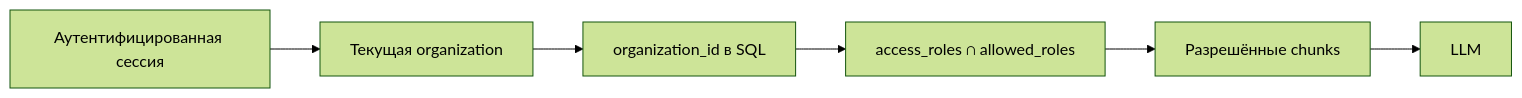
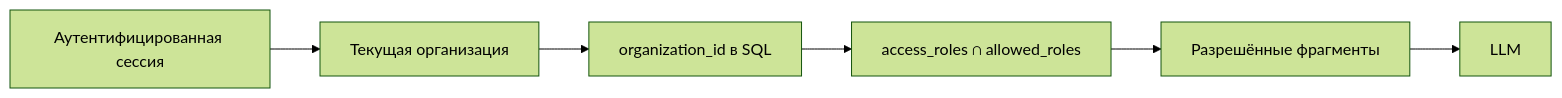
One commit to vladweat/docwise changed the diagram in docs/platform/tenancy.md. Above: the diagram before and after it, drawn with Mermaid (forest theme). The commit also changed other lines of this file and 51 other files, not shown here.

````diff
--- a/docs/platform/tenancy.md
+++ b/docs/platform/tenancy.md
@@ -8,8 +8,8 @@
 ```mermaid
 flowchart LR
-  Cookie[Аутентифицированная сессия] --> Org[Текущая organization]
+  Cookie[Аутентифицированная сессия] --> Org[Текущая организация]
   Org --> Tenant[organization_id в SQL]
   Tenant --> Inner[access_roles ∩ allowed_roles]
-  Inner --> Context[Разрешённые chunks]
+  Inner --> Context[Разрешённые фрагменты]
   Context --> LLM[LLM]
 ```
````
